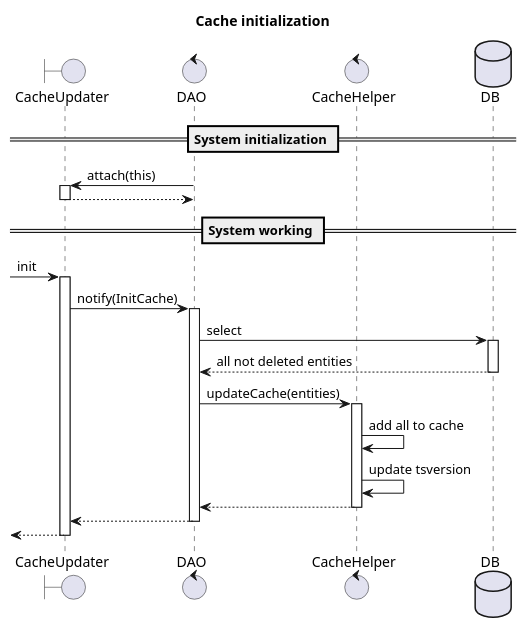
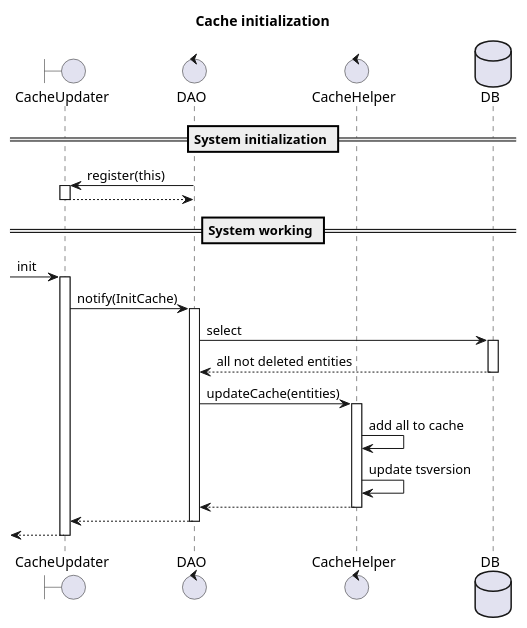
Before and after one commit to bwsw/simple-rtb-exchange: the diagram in diagrams/cache/initialization.puml, drawn with PlantUML. The commit also changed 2 other files, not shown here.

Commit message:
Ticket #2602. Rename a method in CacheUpdater.

```diff
--- a/diagrams/cache/initialization.puml
+++ b/diagrams/cache/initialization.puml
@@ -1,39 +1,39 @@
 @startuml
 
 title: Cache initialization
 
 boundary CacheUpdater
 control DAO
 control CacheHelper
 database DB
 
 == System initialization ==
 
-DAO -> CacheUpdater: attach(this)
+DAO -> CacheUpdater: register(this)
 activate CacheUpdater
 DAO <-- CacheUpdater
 deactivate CacheUpdater
 
 == System working ==
 
 [-> CacheUpdater: init
 
 activate CacheUpdater
     CacheUpdater -> DAO: notify(InitCache)
     activate DAO
         DAO -> DB: select
         activate DB
         DAO <-- DB: all not deleted entities
         deactivate DB
         DAO -> CacheHelper: updateCache(entities)
         activate CacheHelper
             CacheHelper -> CacheHelper: add all to cache
             CacheHelper -> CacheHelper: update tsversion
             CacheHelper --> DAO
         deactivate CacheHelper
         DAO --> CacheUpdater
     deactivate DAO
     [<-- CacheUpdater
 deactivate CacheUpdater
 
 @enduml
```
